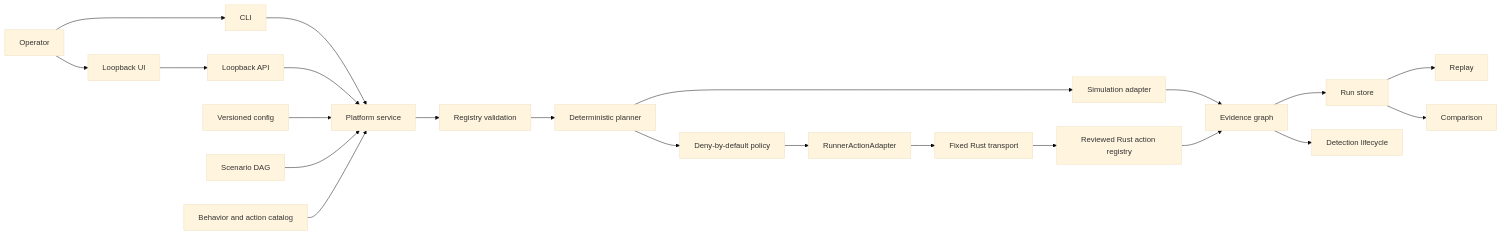
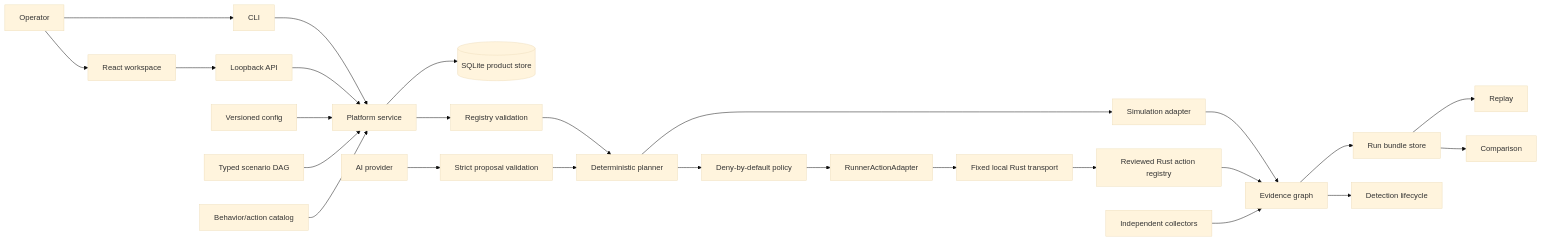
One commit to Moneer-S/BlueFire-Nexus changed the diagram in docs/ARCHITECTURE.md. Above: the diagram before and after it, drawn with Mermaid (base theme). The commit also changed other lines of this file and 33 other files, not shown here.

```diff
--- a/docs/ARCHITECTURE.md
+++ b/docs/ARCHITECTURE.md
@@ -7,27 +7,30 @@
 ~~~mermaid
 flowchart LR
     operator[Operator] --> cli[CLI]
-    operator --> ui[Loopback UI]
+    operator --> ui[React workspace]
     ui --> api[Loopback API]
     cli --> service[Platform service]
     api --> service
 
     config[Versioned config] --> service
-    scenario[Scenario DAG] --> service
-    catalog[Behavior and action catalog] --> service
-
+    scenario[Typed scenario DAG] --> service
+    catalog[Behavior/action catalog] --> service
+    service --> product[(SQLite product store)]
     service --> registry[Registry validation]
     registry --> planner[Deterministic planner]
+    model[AI provider] --> proposal[Strict proposal validation]
+    proposal --> planner
     planner --> simulation[Simulation adapter]
     planner --> policy[Deny-by-default policy]
     policy --> adapter[RunnerActionAdapter]
-    adapter --> transport[Fixed Rust transport]
+    adapter --> transport[Fixed local Rust transport]
     transport --> runner[Reviewed Rust action registry]
 
     simulation --> evidence[Evidence graph]
     runner --> evidence
-    evidence --> store[Run store]
+    collectors[Independent collectors] --> evidence
+    evidence --> store[Run bundle store]
     store --> replay[Replay]
     store --> compare[Comparison]
     evidence --> detections[Detection lifecycle]
 ~~~
```
